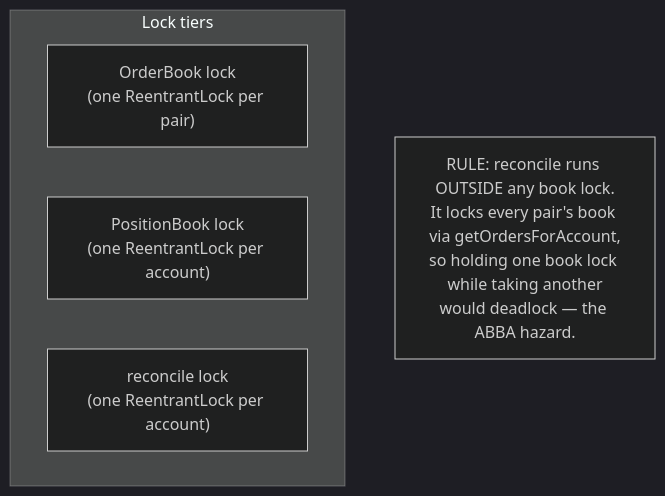
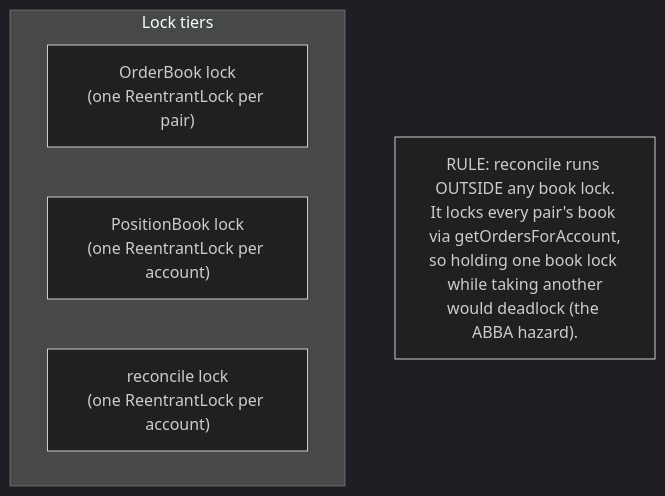
One commit to mc139/fx-oee-docs changed the second of 2 diagrams in 01-architecture.md. Above: the diagram before and after it, drawn with Mermaid (dark theme). The commit also changed other lines of this file and 21 other files, not shown here.

````diff
--- a/01-architecture.md
+++ b/01-architecture.md
@@ -62,9 +62,9 @@
 ```mermaid
 flowchart TB
     subgraph locks["Lock tiers"]
         BL["OrderBook lock<br/>(one ReentrantLock per pair)"]
         PL["PositionBook lock<br/>(one ReentrantLock per account)"]
         RL["reconcile lock<br/>(one ReentrantLock per account)"]
     end
-    note["RULE: reconcile runs OUTSIDE any book lock.<br/>It locks every pair's book via getOrdersForAccount,<br/>so holding one book lock while taking another<br/>would deadlock — the ABBA hazard."]
+    note["RULE: reconcile runs OUTSIDE any book lock.<br/>It locks every pair's book via getOrdersForAccount,<br/>so holding one book lock while taking another<br/>would deadlock (the ABBA hazard)."]
 ```
````
